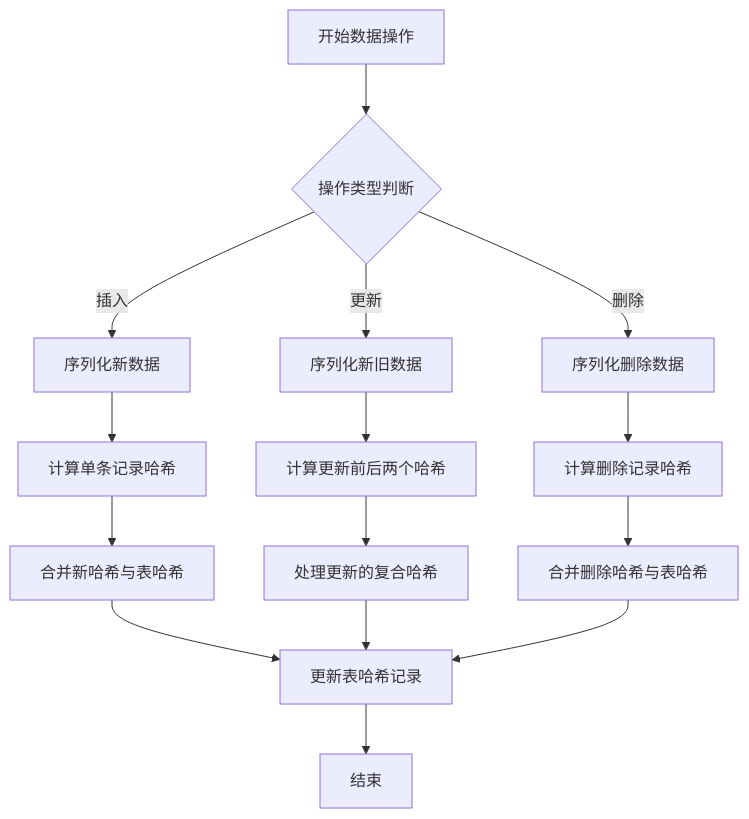
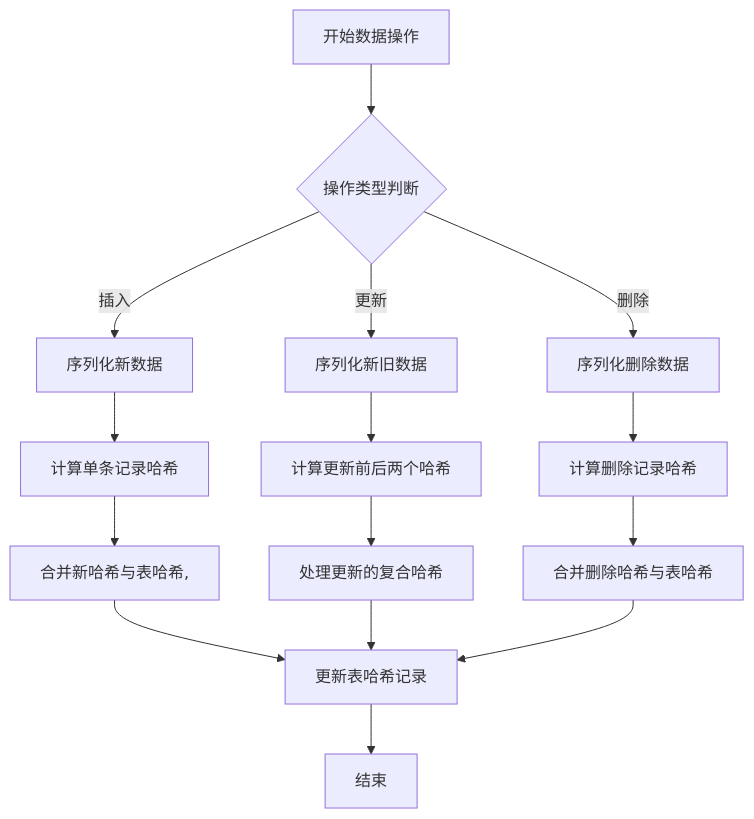
Before and after one commit to yingjianzh/iodraw-files: the diagram in all/未命名-63.md, drawn with Mermaid.

Commit message:
2025-05-19 15:01:08 update

````diff
--- a/all/未命名-63.md
+++ b/all/未命名-63.md
@@ -1,21 +1,21 @@
 ```mermaid
 flowchart TD
     A[开始数据操作] --> B{操作类型判断}
     B -->|插入| C[序列化新数据]
     B -->|更新| D[序列化新旧数据]
     B -->|删除| E[序列化删除数据]
     
     C --> F[计算单条记录哈希]
     D --> G[计算更新前后两个哈希]
     E --> H[计算删除记录哈希]
     
-    F --> I[合并新哈希与表哈希]
+    F --> I[合并新哈希与表哈希,]
     G --> J[处理更新的复合哈希]
     H --> K[合并删除哈希与表哈希]
     
     I --> L[更新表哈希记录]
     J --> L
     K --> L
     
     L --> M[结束]
 ```
````
